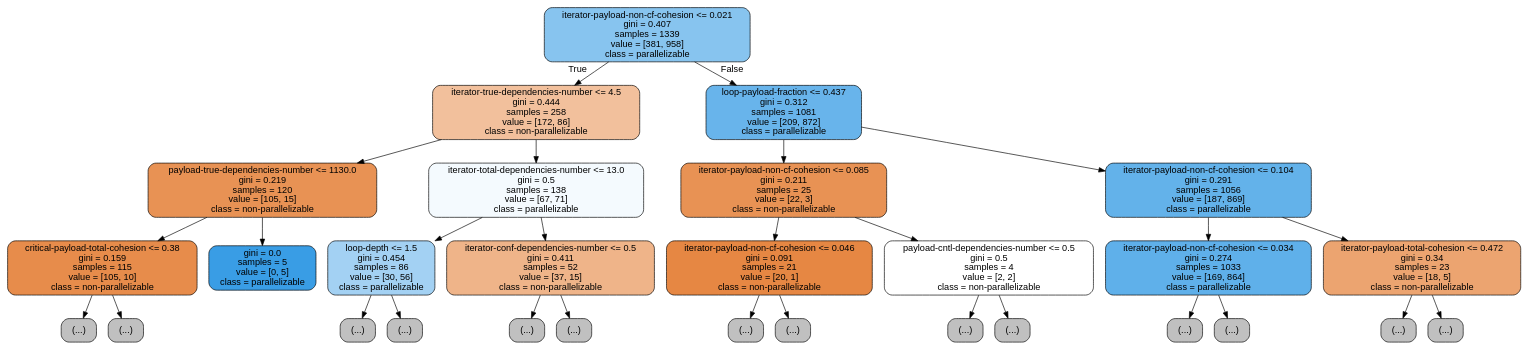
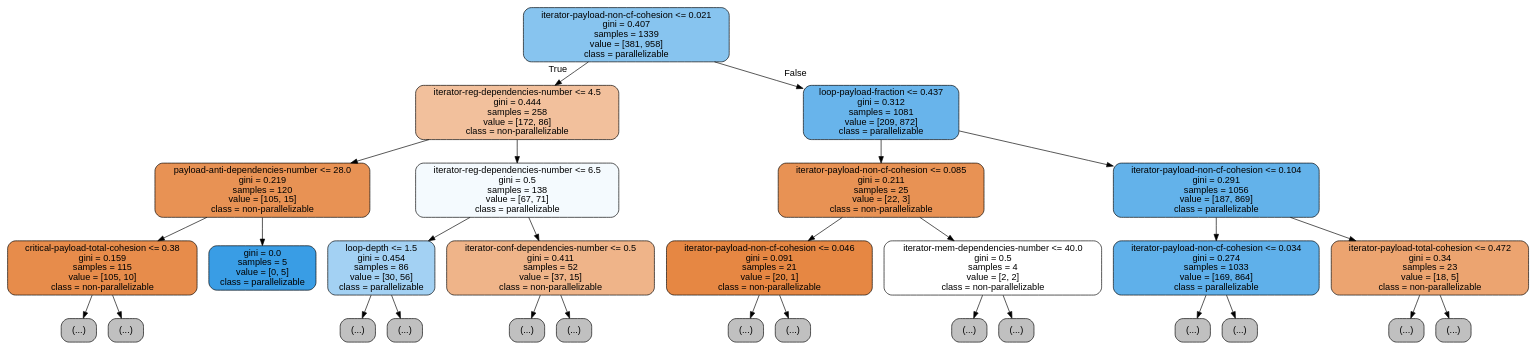
The diagram in test-train/mg/all_but_nature.tree3.dot (harel-coffee/PParMetrics-auto), drawn with Graphviz before and after one commit. The commit also changed 111 other files, not shown here.

```diff
--- a/test-train/mg/all_but_nature.tree3.dot
+++ b/test-train/mg/all_but_nature.tree3.dot
@@ -1,61 +1,61 @@
 digraph Tree {
 node [shape=box, style="filled, rounded", color="black", fontname=helvetica] ;
 edge [fontname=helvetica] ;
 0 [label="iterator-payload-non-cf-cohesion <= 0.021\ngini = 0.407\nsamples = 1339\nvalue = [381, 958]\nclass = parallelizable", fillcolor="#399de59a"] ;
-1 [label="iterator-true-dependencies-number <= 4.5\ngini = 0.444\nsamples = 258\nvalue = [172, 86]\nclass = non-parallelizable", fillcolor="#e581397f"] ;
+1 [label="iterator-reg-dependencies-number <= 4.5\ngini = 0.444\nsamples = 258\nvalue = [172, 86]\nclass = non-parallelizable", fillcolor="#e581397f"] ;
 0 -> 1 [labeldistance=2.5, labelangle=45, headlabel="True"] ;
-2 [label="payload-true-dependencies-number <= 1130.0\ngini = 0.219\nsamples = 120\nvalue = [105, 15]\nclass = non-parallelizable", fillcolor="#e58139db"] ;
+2 [label="payload-anti-dependencies-number <= 28.0\ngini = 0.219\nsamples = 120\nvalue = [105, 15]\nclass = non-parallelizable", fillcolor="#e58139db"] ;
 1 -> 2 ;
 3 [label="critical-payload-total-cohesion <= 0.38\ngini = 0.159\nsamples = 115\nvalue = [105, 10]\nclass = non-parallelizable", fillcolor="#e58139e7"] ;
 2 -> 3 ;
 4 [label="(...)", fillcolor="#C0C0C0"] ;
 3 -> 4 ;
 11 [label="(...)", fillcolor="#C0C0C0"] ;
 3 -> 11 ;
 22 [label="gini = 0.0\nsamples = 5\nvalue = [0, 5]\nclass = parallelizable", fillcolor="#399de5ff"] ;
 2 -> 22 ;
-23 [label="iterator-total-dependencies-number <= 13.0\ngini = 0.5\nsamples = 138\nvalue = [67, 71]\nclass = parallelizable", fillcolor="#399de50e"] ;
+23 [label="iterator-reg-dependencies-number <= 6.5\ngini = 0.5\nsamples = 138\nvalue = [67, 71]\nclass = parallelizable", fillcolor="#399de50e"] ;
 1 -> 23 ;
 24 [label="loop-depth <= 1.5\ngini = 0.454\nsamples = 86\nvalue = [30, 56]\nclass = parallelizable", fillcolor="#399de576"] ;
 23 -> 24 ;
 25 [label="(...)", fillcolor="#C0C0C0"] ;
 24 -> 25 ;
 32 [label="(...)", fillcolor="#C0C0C0"] ;
 24 -> 32 ;
 43 [label="iterator-conf-dependencies-number <= 0.5\ngini = 0.411\nsamples = 52\nvalue = [37, 15]\nclass = non-parallelizable", fillcolor="#e5813998"] ;
 23 -> 43 ;
 44 [label="(...)", fillcolor="#C0C0C0"] ;
 43 -> 44 ;
 45 [label="(...)", fillcolor="#C0C0C0"] ;
 43 -> 45 ;
 56 [label="loop-payload-fraction <= 0.437\ngini = 0.312\nsamples = 1081\nvalue = [209, 872]\nclass = parallelizable", fillcolor="#399de5c2"] ;
 0 -> 56 [labeldistance=2.5, labelangle=-45, headlabel="False"] ;
 57 [label="iterator-payload-non-cf-cohesion <= 0.085\ngini = 0.211\nsamples = 25\nvalue = [22, 3]\nclass = non-parallelizable", fillcolor="#e58139dc"] ;
 56 -> 57 ;
 58 [label="iterator-payload-non-cf-cohesion <= 0.046\ngini = 0.091\nsamples = 21\nvalue = [20, 1]\nclass = non-parallelizable", fillcolor="#e58139f2"] ;
 57 -> 58 ;
 59 [label="(...)", fillcolor="#C0C0C0"] ;
 58 -> 59 ;
 62 [label="(...)", fillcolor="#C0C0C0"] ;
 58 -> 62 ;
-63 [label="payload-cntl-dependencies-number <= 0.5\ngini = 0.5\nsamples = 4\nvalue = [2, 2]\nclass = non-parallelizable", fillcolor="#e5813900"] ;
+63 [label="iterator-mem-dependencies-number <= 40.0\ngini = 0.5\nsamples = 4\nvalue = [2, 2]\nclass = non-parallelizable", fillcolor="#e5813900"] ;
 57 -> 63 ;
 64 [label="(...)", fillcolor="#C0C0C0"] ;
 63 -> 64 ;
 65 [label="(...)", fillcolor="#C0C0C0"] ;
 63 -> 65 ;
 66 [label="iterator-payload-non-cf-cohesion <= 0.104\ngini = 0.291\nsamples = 1056\nvalue = [187, 869]\nclass = parallelizable", fillcolor="#399de5c8"] ;
 56 -> 66 ;
 67 [label="iterator-payload-non-cf-cohesion <= 0.034\ngini = 0.274\nsamples = 1033\nvalue = [169, 864]\nclass = parallelizable", fillcolor="#399de5cd"] ;
 66 -> 67 ;
 68 [label="(...)", fillcolor="#C0C0C0"] ;
 67 -> 68 ;
 137 [label="(...)", fillcolor="#C0C0C0"] ;
 67 -> 137 ;
 262 [label="iterator-payload-total-cohesion <= 0.472\ngini = 0.34\nsamples = 23\nvalue = [18, 5]\nclass = non-parallelizable", fillcolor="#e58139b8"] ;
 66 -> 262 ;
 263 [label="(...)", fillcolor="#C0C0C0"] ;
 262 -> 263 ;
 264 [label="(...)", fillcolor="#C0C0C0"] ;
 262 -> 264 ;
 }
```
